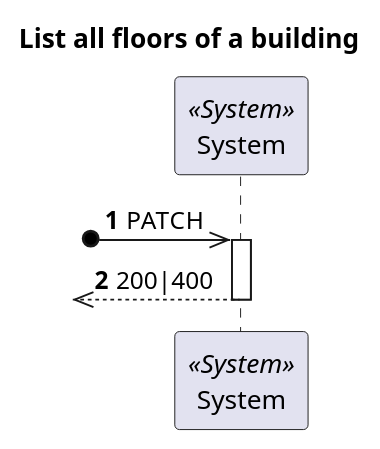
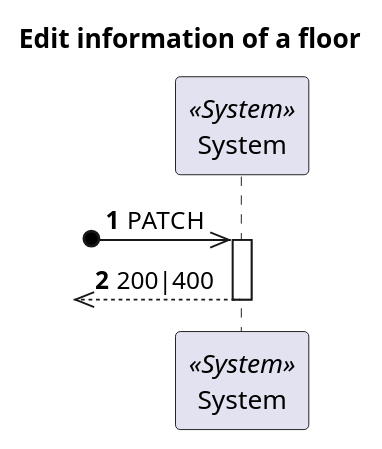
The diagram in docs/Vista Processo/US200/ProcessView_Level1_US200.puml (1210910/lapr5), drawn with PlantUML before and after one commit. The commit also changed 66 other files, not shown here.

```diff
--- a/docs/Vista Processo/US200/ProcessView_Level1_US200.puml
+++ b/docs/Vista Processo/US200/ProcessView_Level1_US200.puml
@@ -1,18 +1,18 @@
 @startuml
 'https://plantuml.com/sequence-diagram
 
 autonumber
 skinparam packageStyle rect
 
-title List all floors of a building
+title Edit information of a floor
 
 participant "System" as Sys <<System>>
 
 ?o->> Sys : PATCH
 
 activate Sys
 ?o<<-- Sys : 200|400
 deactivate Sys
 
 
 @enduml
```
